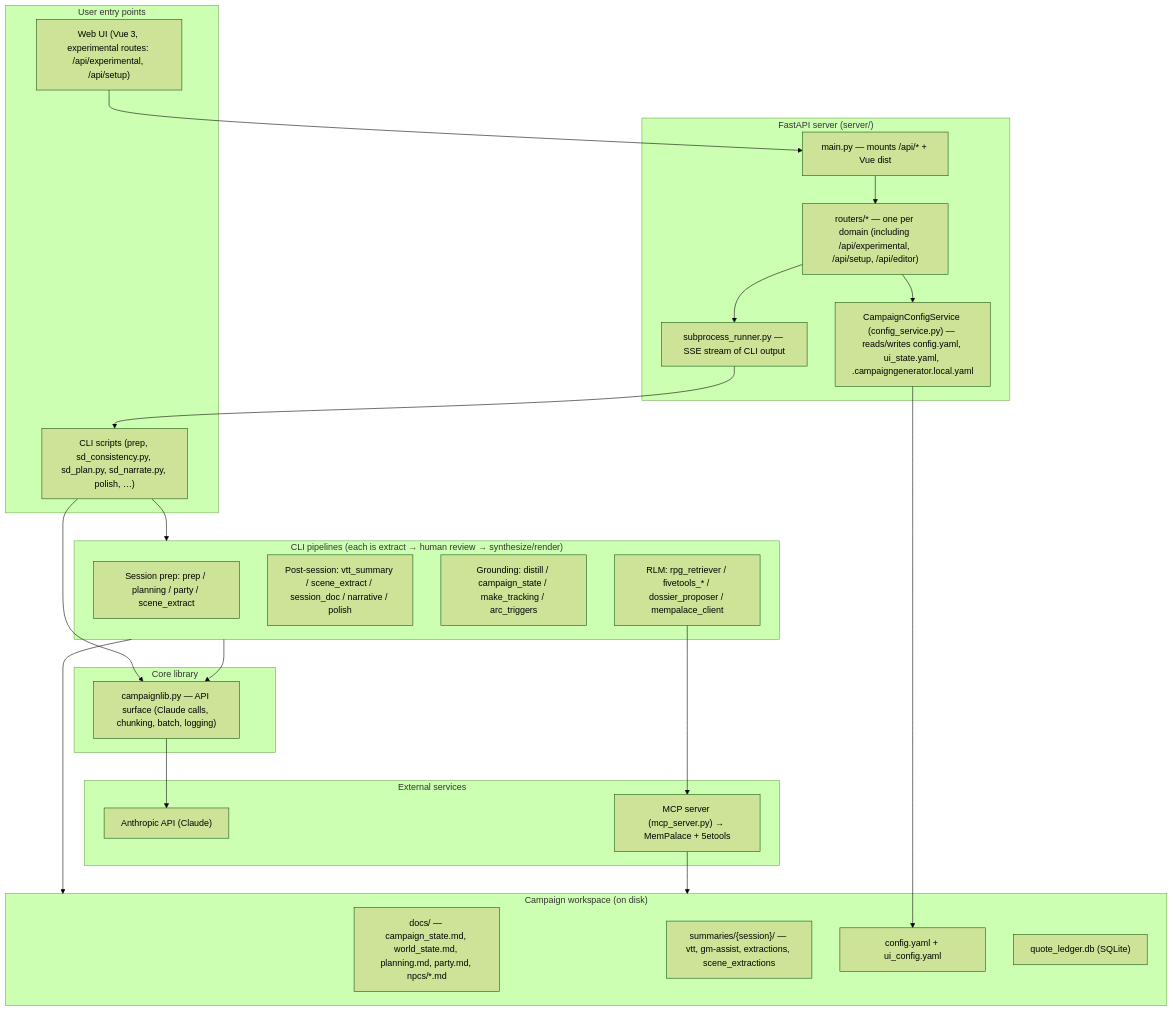
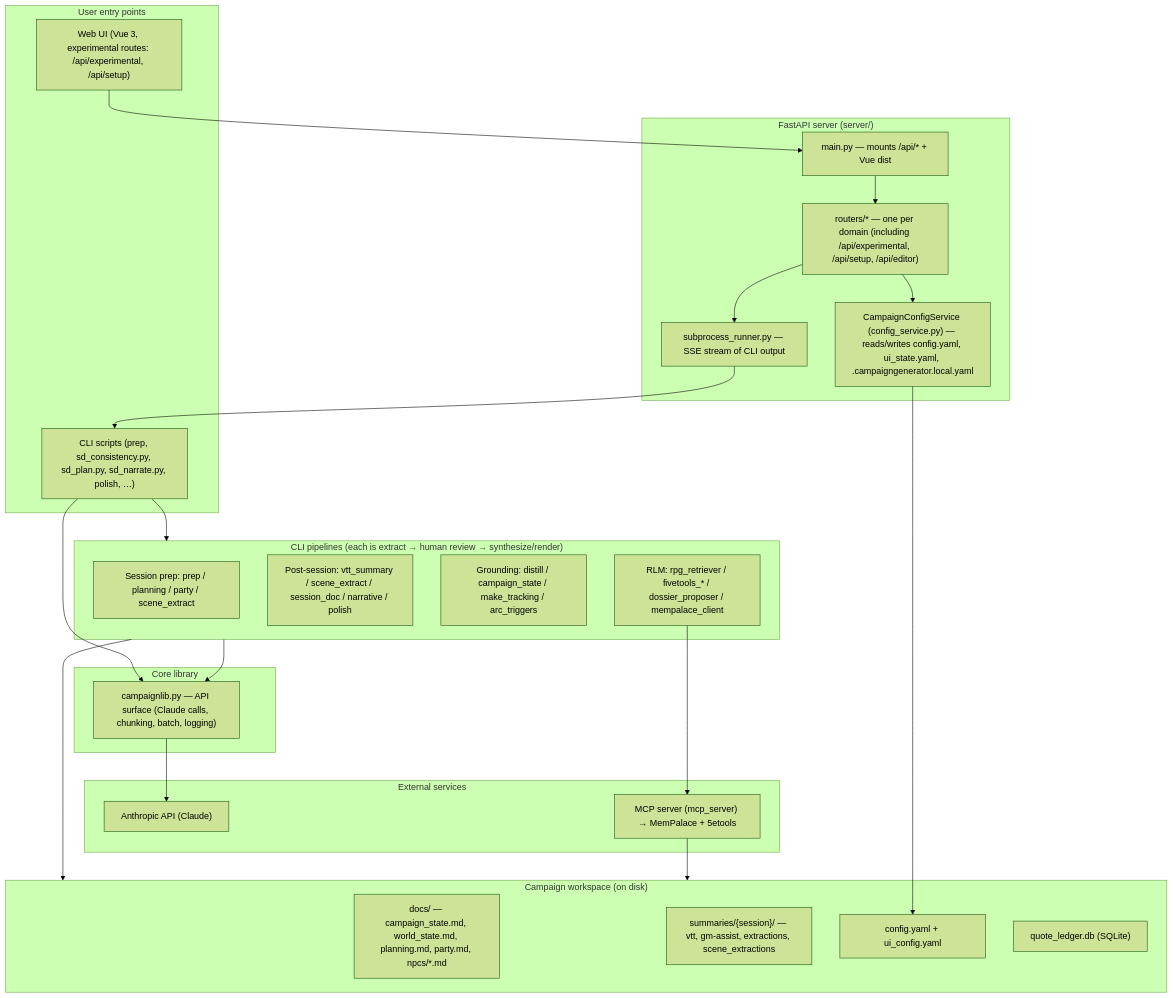
One commit to kostadis/CampaignGenerator changed the first of 3 diagrams in docs/core/architecture.md. Above: the diagram before and after it, drawn with Mermaid (forest theme). The commit also changed other lines of this file and 41 other files, not shown here.

````diff
--- a/docs/core/architecture.md
+++ b/docs/core/architecture.md
@@ -16,51 +16,51 @@
 ```mermaid
 flowchart TB
     subgraph User["User entry points"]
         CLI["CLI scripts (prep, sd_consistency.py, sd_plan.py, sd_narrate.py, polish, …)"]
         Web["Web UI (Vue 3, experimental routes: /api/experimental, /api/setup)"]
     end
 
     subgraph Server["FastAPI server (server/)"]
         Main["main.py — mounts /api/* + Vue dist"]
         Routers["routers/* — one per domain (including /api/experimental, /api/setup, /api/editor)"]
     SubRun["subprocess_runner.py — SSE stream of CLI output"]
     Cfg["CampaignConfigService (config_service.py) — reads/writes config.yaml, ui_state.yaml, .campaigngenerator.local.yaml"]
     end
 
     subgraph Core["Core library"]
         Lib["campaignlib.py — API surface (Claude calls, chunking, batch, logging)"]
     end
 
     subgraph Pipelines["CLI pipelines (each is extract → human review → synthesize/render)"]
         Prep["Session prep: prep / planning / party / scene_extract"]
         Post["Post-session: vtt_summary / scene_extract / session_doc / narrative / polish"]
         Ground["Grounding: distill / campaign_state / make_tracking / arc_triggers"]
         RLM["RLM: rpg_retriever / fivetools_* / dossier_proposer / mempalace_client"]
     end
 
     subgraph Disk["Campaign workspace (on disk)"]
         Docs["docs/ — campaign_state.md, world_state.md, planning.md, party.md, npcs/*.md"]
         Sess["summaries/{session}/ — vtt, gm-assist, extractions, scene_extractions"]
         Cfgs["config.yaml + ui_config.yaml"]
         Ledger["quote_ledger.db (SQLite)"]
     end
 
     subgraph External["External services"]
         Claude["Anthropic API (Claude)"]
-        MCP["MCP server (mcp_server.py) → MemPalace + 5etools"]
+        MCP["MCP server (mcp_server) → MemPalace + 5etools"]
     end
 
     Web --> Main
     Main --> Routers
     Routers --> SubRun
     SubRun --> CLI
     Routers --> Cfg
     Cfg --> Cfgs
     CLI --> Lib
     Lib --> Claude
     CLI --> Pipelines
     Pipelines --> Disk
     Pipelines --> Lib
     RLM --> MCP
     MCP --> Disk
 ```
````
